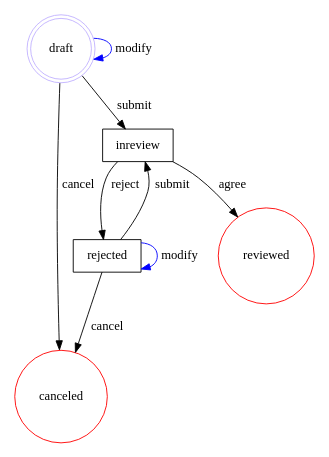
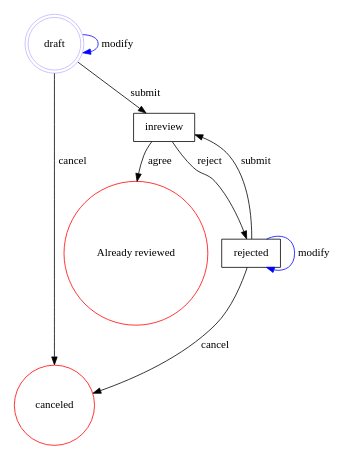
One commit to clszzyh/flexflow changed the diagram in README.md. Above: the diagram before and after it, drawn with Graphviz. The commit also changed other lines of this file and 1 other file, not shown here.

````diff
--- a/README.md
+++ b/README.md
@@ -85,20 +91,20 @@
 ```dot
 // custom_mark10
 digraph review {
   size = "4,4";
-  draft [label=draft,shape=doublecircle,color=".7 .3 1.0"];
-  canceled [label=canceled,shape=circle,color=red];
-  reviewed [label=reviewed,shape=circle,color=red];
-  rejected [label=rejected,shape=box];
-  inreview [label=inreview,shape=box];
-  draft -> inreview [label=submit];
-  draft -> draft [label=modify,color=blue];
-  draft -> canceled [label=cancel];
-  rejected -> inreview [label=submit];
-  rejected -> rejected [label=modify,color=blue];
-  rejected -> canceled [label=cancel];
-  inreview -> reviewed [label=agree];
-  inreview -> rejected [label=reject];
+  "draft" [label="draft",shape=doublecircle,color=".7 .3 1.0"];
+  "canceled" [label="canceled",shape=circle,color=red];
+  "Already reviewed" [label="Already reviewed",shape=circle,color=red];
+  "inreview" [label="inreview",shape=box];
+  "rejected" [label="rejected",shape=box];
+  "draft" -> "inreview" [label="submit"];
+  "draft" -> "draft" [label="modify",color=blue];
+  "draft" -> "canceled" [label="cancel"];
+  "rejected" -> "inreview" [label="submit"];
+  "rejected" -> "rejected" [label="modify",color=blue];
+  "rejected" -> "canceled" [label="cancel"];
+  "inreview" -> "rejected" [label="reject"];
+  "inreview" -> "Already reviewed" [label="agree"];
 }
 // custom_mark10
 ```
````
